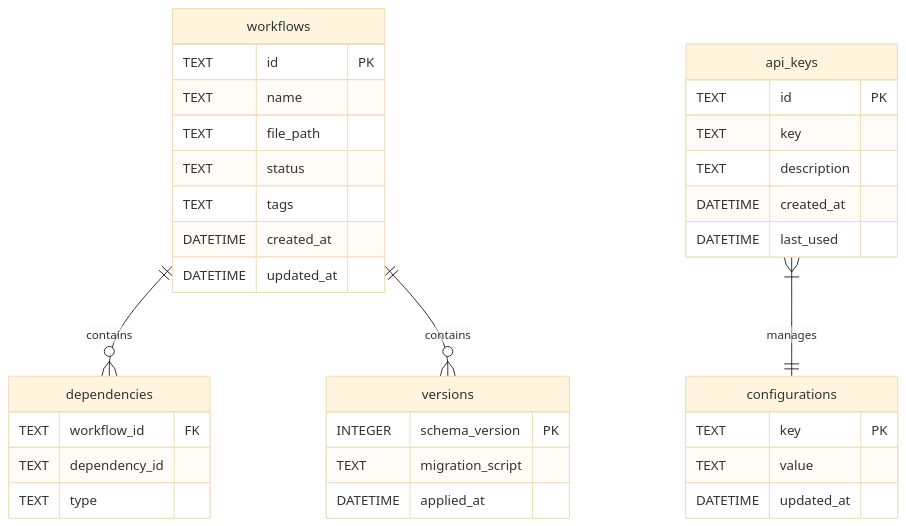
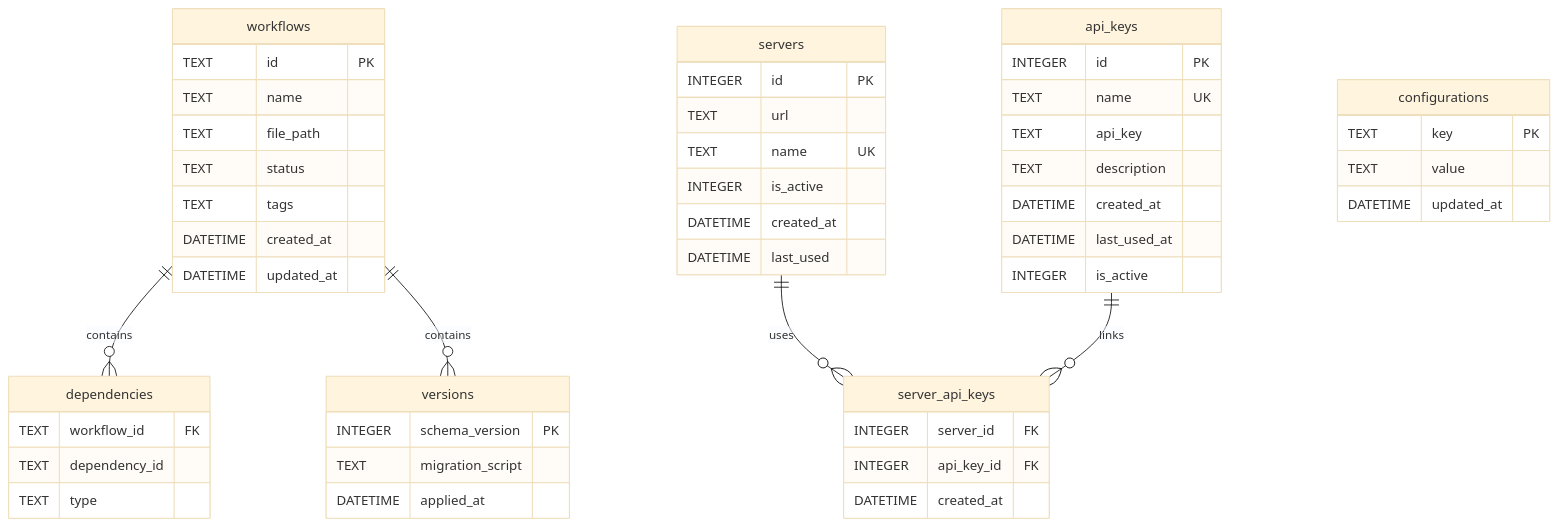
Before and after one commit to lehcode/n8n-deploy: the diagram in docs/developers/database.md, drawn with Mermaid (base theme). The commit also changed other lines of this file and 24 other files, not shown here.

````diff
--- a/docs/developers/database.md
+++ b/docs/developers/database.md
@@ -20,37 +20,53 @@
 ```mermaid
 erDiagram
     workflows ||--o{ dependencies : contains
     workflows ||--o{ versions : contains
-    api_keys }|--|| configurations : manages
+    servers ||--o{ server_api_keys : uses
+    api_keys ||--o{ server_api_keys : links
     workflows {
         TEXT id PK
         TEXT name
         TEXT file_path
         TEXT status
         TEXT tags
         DATETIME created_at
         DATETIME updated_at
     }
     api_keys {
-        TEXT id PK
-        TEXT key
+        INTEGER id PK
+        TEXT name UK
+        TEXT api_key
         TEXT description
         DATETIME created_at
+        DATETIME last_used_at
+        INTEGER is_active
+    }
+    servers {
+        INTEGER id PK
+        TEXT url
+        TEXT name UK
+        INTEGER is_active
+        DATETIME created_at
         DATETIME last_used
+    }
+    server_api_keys {
+        INTEGER server_id FK
+        INTEGER api_key_id FK
+        DATETIME created_at
     }
     configurations {
         TEXT key PK
         TEXT value
         DATETIME updated_at
     }
     dependencies {
         TEXT workflow_id FK
         TEXT dependency_id
         TEXT type
     }
     versions {
         INTEGER schema_version PK
         TEXT migration_script
         DATETIME applied_at
     }
 ```
````
